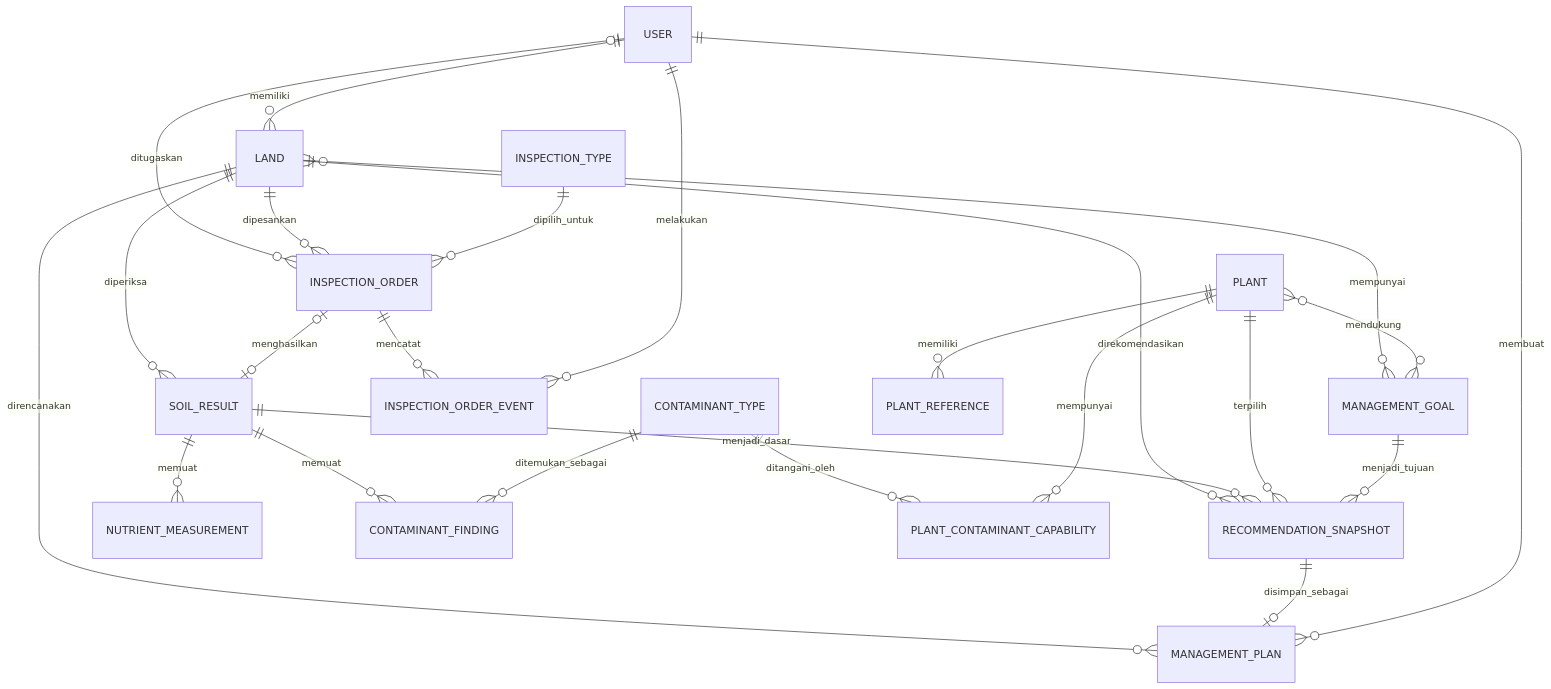
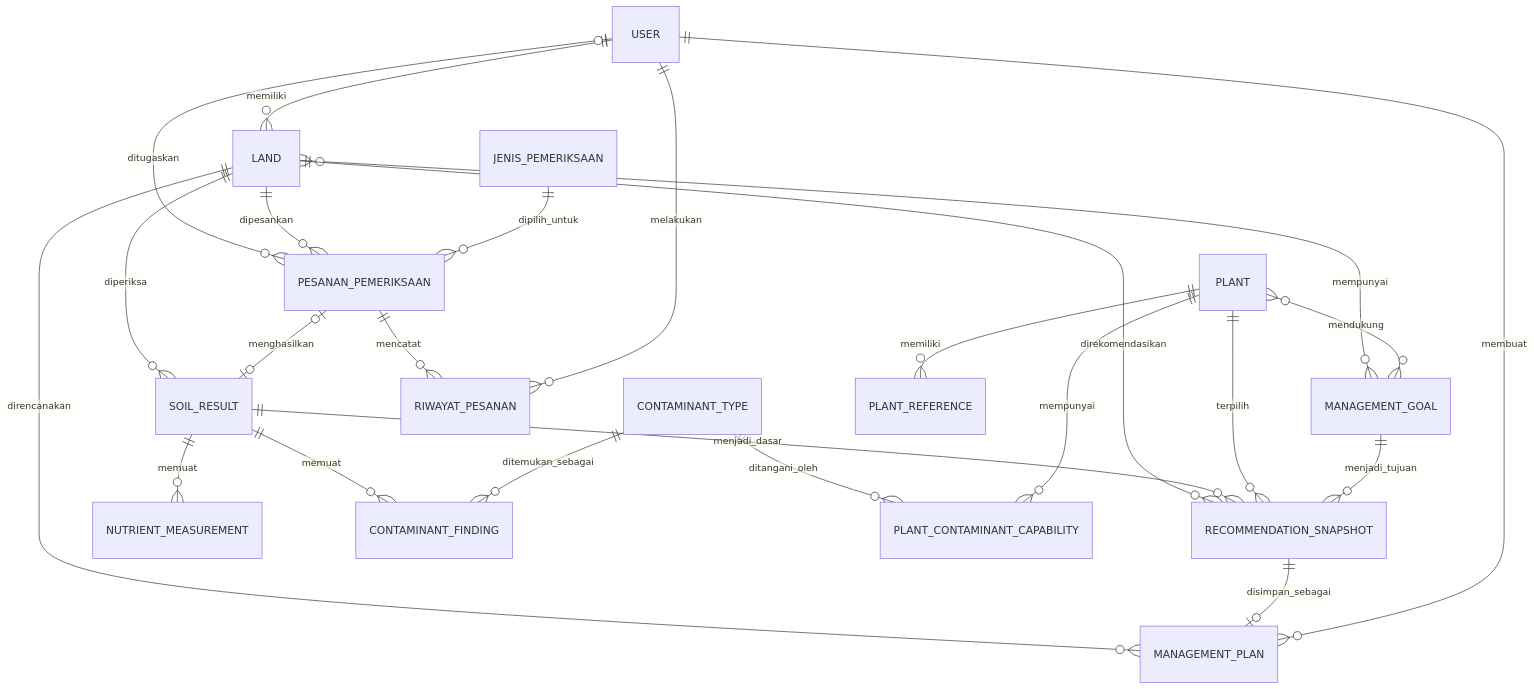
The diagram in docs/ERD.md (pbp-kelompok-d12/wiji), drawn with Mermaid before and after one commit. The commit also changed other lines of this file and 1 other file, not shown here.

Commit message:
docs: rename Modul B models and API paths in ERD and work plan
Samakan nama model Modul B dengan kodenya (JenisPemeriksaan,
PesananPemeriksaan, RiwayatPesanan) dan alamat API yang dipakai.

````diff
--- a/docs/ERD.md
+++ b/docs/ERD.md
@@ -5,32 +5,32 @@
 ```mermaid
 erDiagram
     USER ||--o{ LAND : memiliki
-    USER o|--o{ INSPECTION_ORDER : ditugaskan
+    USER o|--o{ PESANAN_PEMERIKSAAN : ditugaskan
 
     LAND }o--o{ MANAGEMENT_GOAL : mempunyai
-    LAND ||--o{ INSPECTION_ORDER : dipesankan
+    LAND ||--o{ PESANAN_PEMERIKSAAN : dipesankan
     LAND ||--o{ SOIL_RESULT : diperiksa
     LAND ||--o{ RECOMMENDATION_SNAPSHOT : direkomendasikan
     LAND ||--o{ MANAGEMENT_PLAN : direncanakan
 
-    INSPECTION_TYPE ||--o{ INSPECTION_ORDER : dipilih_untuk
-    INSPECTION_ORDER o|--o| SOIL_RESULT : menghasilkan
-    INSPECTION_ORDER ||--o{ INSPECTION_ORDER_EVENT : mencatat
-    USER ||--o{ INSPECTION_ORDER_EVENT : melakukan
+    JENIS_PEMERIKSAAN ||--o{ PESANAN_PEMERIKSAAN : dipilih_untuk
+    PESANAN_PEMERIKSAAN o|--o| SOIL_RESULT : menghasilkan
+    PESANAN_PEMERIKSAAN ||--o{ RIWAYAT_PESANAN : mencatat
+    USER ||--o{ RIWAYAT_PESANAN : melakukan
 
     SOIL_RESULT ||--o{ NUTRIENT_MEASUREMENT : memuat
     SOIL_RESULT ||--o{ CONTAMINANT_FINDING : memuat
     SOIL_RESULT ||--o{ RECOMMENDATION_SNAPSHOT : menjadi_dasar
 
     CONTAMINANT_TYPE ||--o{ CONTAMINANT_FINDING : ditemukan_sebagai
     CONTAMINANT_TYPE ||--o{ PLANT_CONTAMINANT_CAPABILITY : ditangani_oleh
 
     PLANT }o--o{ MANAGEMENT_GOAL : mendukung
     PLANT ||--o{ PLANT_REFERENCE : memiliki
     PLANT ||--o{ PLANT_CONTAMINANT_CAPABILITY : mempunyai
     PLANT ||--o{ RECOMMENDATION_SNAPSHOT : terpilih
 
     MANAGEMENT_GOAL ||--o{ RECOMMENDATION_SNAPSHOT : menjadi_tujuan
     RECOMMENDATION_SNAPSHOT ||--o| MANAGEMENT_PLAN : disimpan_sebagai
     USER ||--o{ MANAGEMENT_PLAN : membuat
 ```
````
